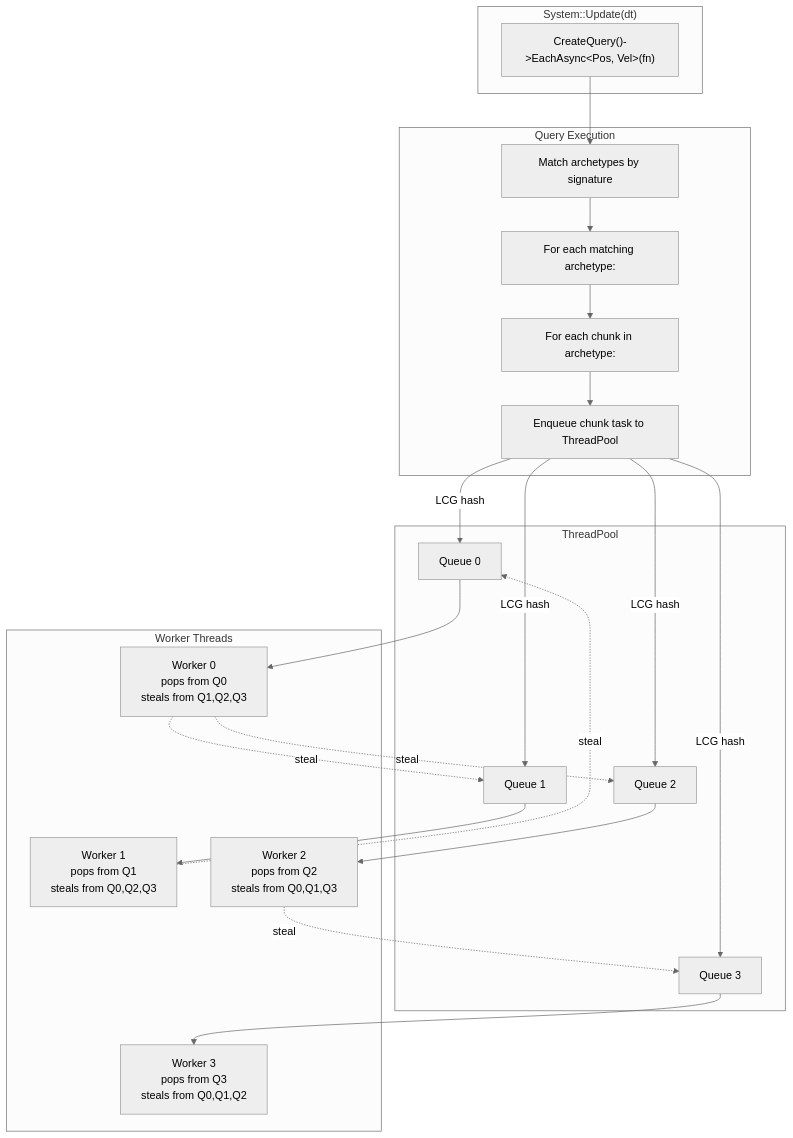
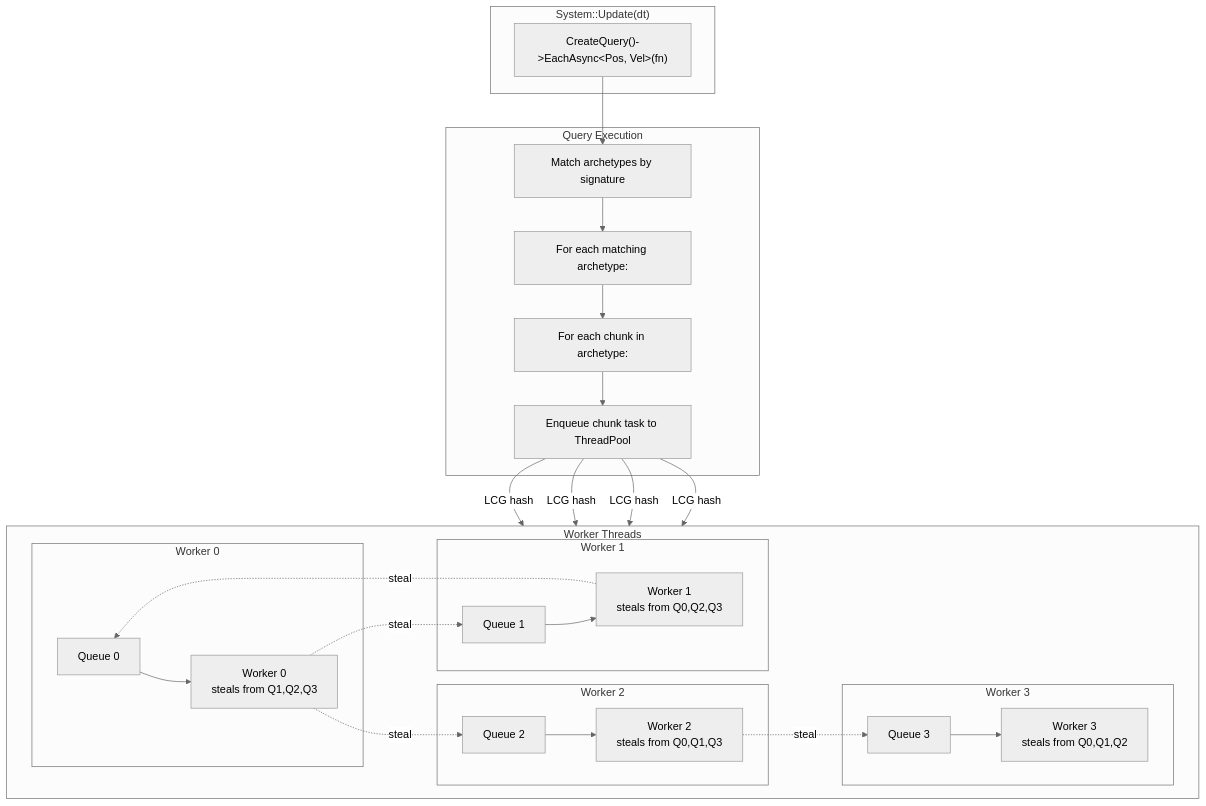
Before and after one commit to gilmar-sales/Freyr: the first of 2 diagrams in docs/guides/parallel-processing.md, drawn with Mermaid (neutral theme).

Commit message:
docs(guides): restructure parallel processing worker diagram

````diff
--- a/docs/guides/parallel-processing.md
+++ b/docs/guides/parallel-processing.md
@@ -10,42 +10,44 @@
 ```mermaid
 graph TB
     subgraph System["System::Update(dt)"]
         Q["CreateQuery()->EachAsync&lt;Pos, Vel&gt;(fn)"]
     end
 
     subgraph QueryExec["Query Execution"]
         M["Match archetypes by signature"]
         C["For each matching archetype:"]
         CHUNKS["For each chunk in archetype:"]
         TASK["Enqueue chunk task to ThreadPool"]
     end
 
-    subgraph ThreadPool["ThreadPool"]
-        Q0["Queue 0"]
-        Q1["Queue 1"]
-        Q2["Queue 2"]
-        Q3["Queue 3"]
-    end
+    subgraph Workers["Worker Threads"]
+        direction LR
 
-    subgraph Workers["Worker Threads"]
-        W0["Worker 0<br/>pops from Q0<br/>steals from Q1,Q2,Q3"]
-        W1["Worker 1<br/>pops from Q1<br/>steals from Q0,Q2,Q3"]
-        W2["Worker 2<br/>pops from Q2<br/>steals from Q0,Q1,Q3"]
-        W3["Worker 3<br/>pops from Q3<br/>steals from Q0,Q1,Q2"]
+        subgraph Pool0["Worker 0"]
+            Q0["Queue 0"] --> W0["Worker 0<br/>steals from Q1,Q2,Q3"]
+        end
+
+        subgraph Pool1["Worker 1"]
+            Q1["Queue 1"] --> W1["Worker 1<br/>steals from Q0,Q2,Q3"]
+        end
+
+        subgraph Pool2["Worker 2"]
+            Q2["Queue 2"] --> W2["Worker 2<br/>steals from Q0,Q1,Q3"]
+        end
+
+        subgraph Pool3["Worker 3"]
+            Q3["Queue 3"] --> W3["Worker 3<br/>steals from Q0,Q1,Q2"]
+        end
     end
 
     Q --> M --> C --> CHUNKS --> TASK
     TASK -->|LCG hash| Q0
     TASK -->|LCG hash| Q1
     TASK -->|LCG hash| Q2
     TASK -->|LCG hash| Q3
-    Q0 --> W0
-    Q1 --> W1
-    Q2 --> W2
-    Q3 --> W3
     W0 -.->|steal| Q1
     W0 -.->|steal| Q2
     W1 -.->|steal| Q0
     W2 -.->|steal| Q3
 
 ```
````
